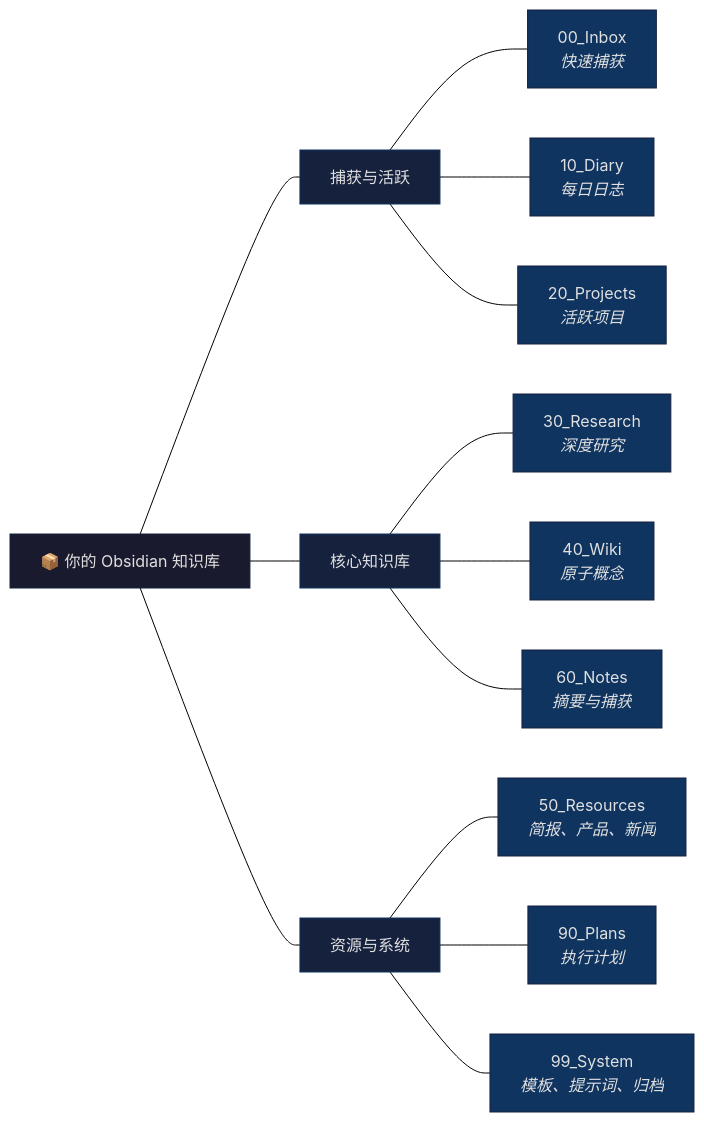
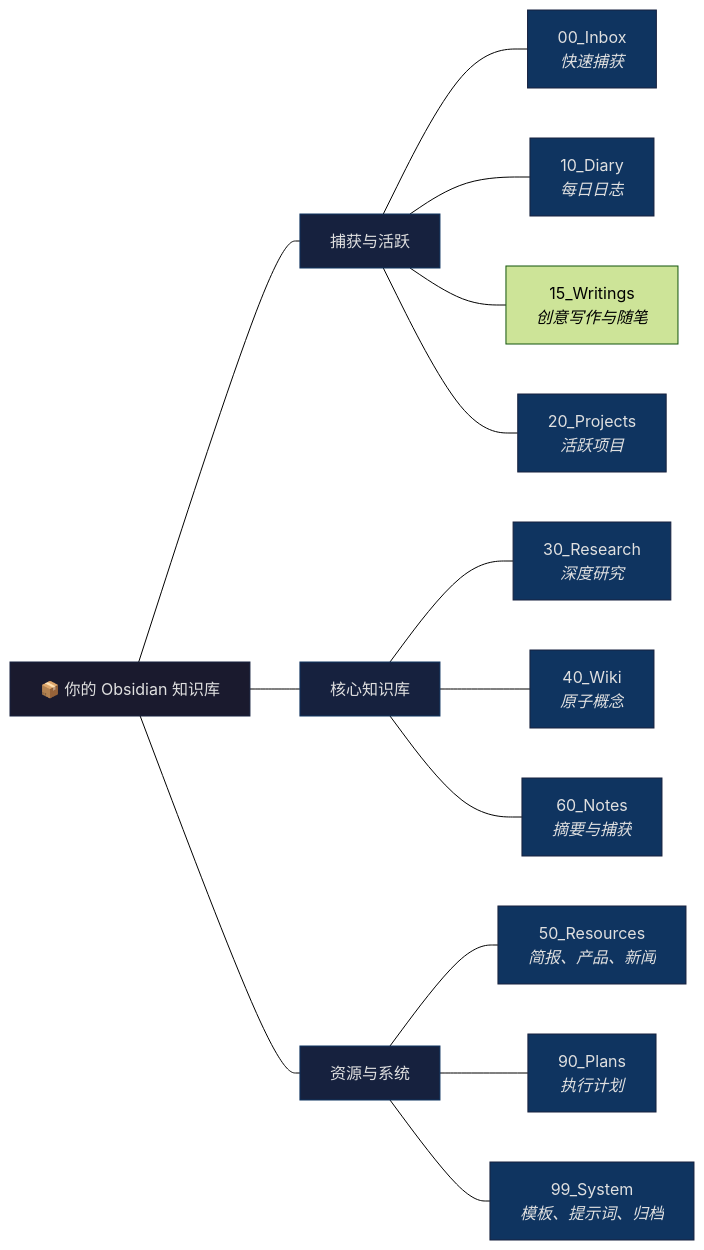
The second of 8 diagrams in README_CN.md (dull-bird/DeepOrbit), drawn with Mermaid (forest theme) before and after one commit. The commit also changed other lines of this file and 3 other files, not shown here.

````diff
--- a/README_CN.md
+++ b/README_CN.md
@@ -81,34 +81,35 @@
 ```mermaid
 flowchart LR
     V["📦 你的 Obsidian 知识库"]
     
     V --- G1["捕获与活跃"]
     V --- G2["核心知识库"]
     V --- G3["资源与系统"]
 
     G1 --- A["00_Inbox<br/><i>快速捕获</i>"]
     G1 --- B["10_Diary<br/><i>每日日志</i>"]
+    G1 --- W["15_Writings<br/><i>创意写作与随笔</i>"]
     G1 --- C["20_Projects<br/><i>活跃项目</i>"]
     
     G2 --- D["30_Research<br/><i>深度研究</i>"]
     G2 --- E["40_Wiki<br/><i>原子概念</i>"]
     G2 --- G["60_Notes<br/><i>摘要与捕获</i>"]
     
     G3 --- F["50_Resources<br/><i>简报、产品、新闻</i>"]
     G3 --- H["90_Plans<br/><i>执行计划</i>"]
     G3 --- I["99_System<br/><i>模板、提示词、归档</i>"]
 
     style V fill:#1a1a2e,stroke:#16213e,color:#e0e0e0
     style G1 fill:#16213e,stroke:#0f3460,color:#e0e0e0
     style G2 fill:#16213e,stroke:#0f3460,color:#e0e0e0
     style G3 fill:#16213e,stroke:#0f3460,color:#e0e0e0
     style A fill:#0f3460,stroke:#16213e,color:#e0e0e0
     style B fill:#0f3460,stroke:#16213e,color:#e0e0e0
     style C fill:#0f3460,stroke:#16213e,color:#e0e0e0
     style D fill:#0f3460,stroke:#16213e,color:#e0e0e0
     style E fill:#0f3460,stroke:#16213e,color:#e0e0e0
     style F fill:#0f3460,stroke:#16213e,color:#e0e0e0
     style G fill:#0f3460,stroke:#16213e,color:#e0e0e0
     style H fill:#0f3460,stroke:#16213e,color:#e0e0e0
     style I fill:#0f3460,stroke:#16213e,color:#e0e0e0
 ```
````
